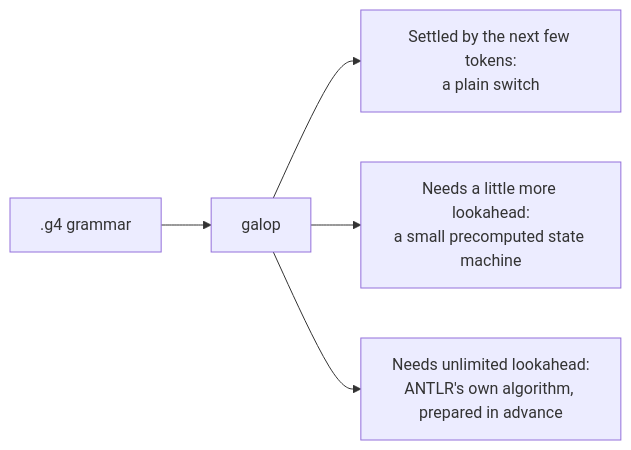
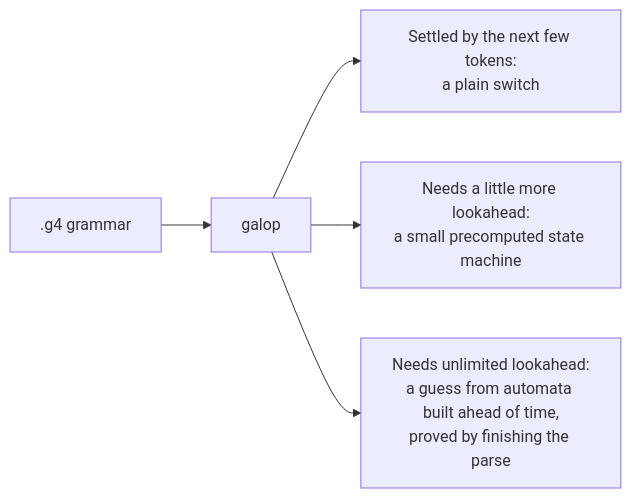
The diagram in README.md (martianoff/galop), drawn with Mermaid before and after one commit. The commit also changed other lines of this file and 2 other files, not shown here.

First line of the commit message:
docs: decisions are made at generation time; re-measure the benchmarks

````diff
--- a/README.md
+++ b/README.md
@@ -64,7 +74,7 @@
 ```mermaid
 flowchart LR
   g4[".g4 grammar"] --> galop["galop"]
   galop --> a["Settled by the next few tokens:<br/>a plain switch"]
   galop --> b["Needs a little more lookahead:<br/>a small precomputed state machine"]
-  galop --> c["Needs unlimited lookahead:<br/>ANTLR's own algorithm, prepared in advance"]
+  galop --> c["Needs unlimited lookahead:<br/>a guess from automata built ahead of time,<br/>proved by finishing the parse"]
 ```
````
